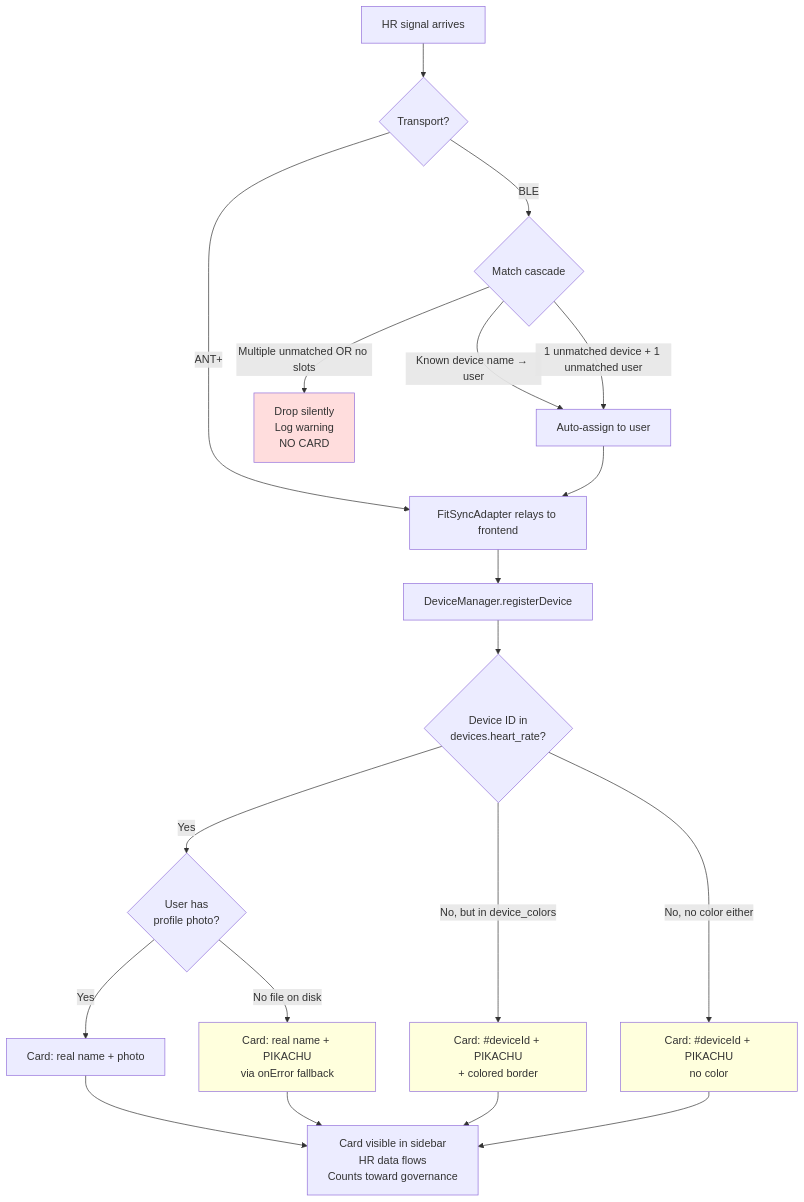
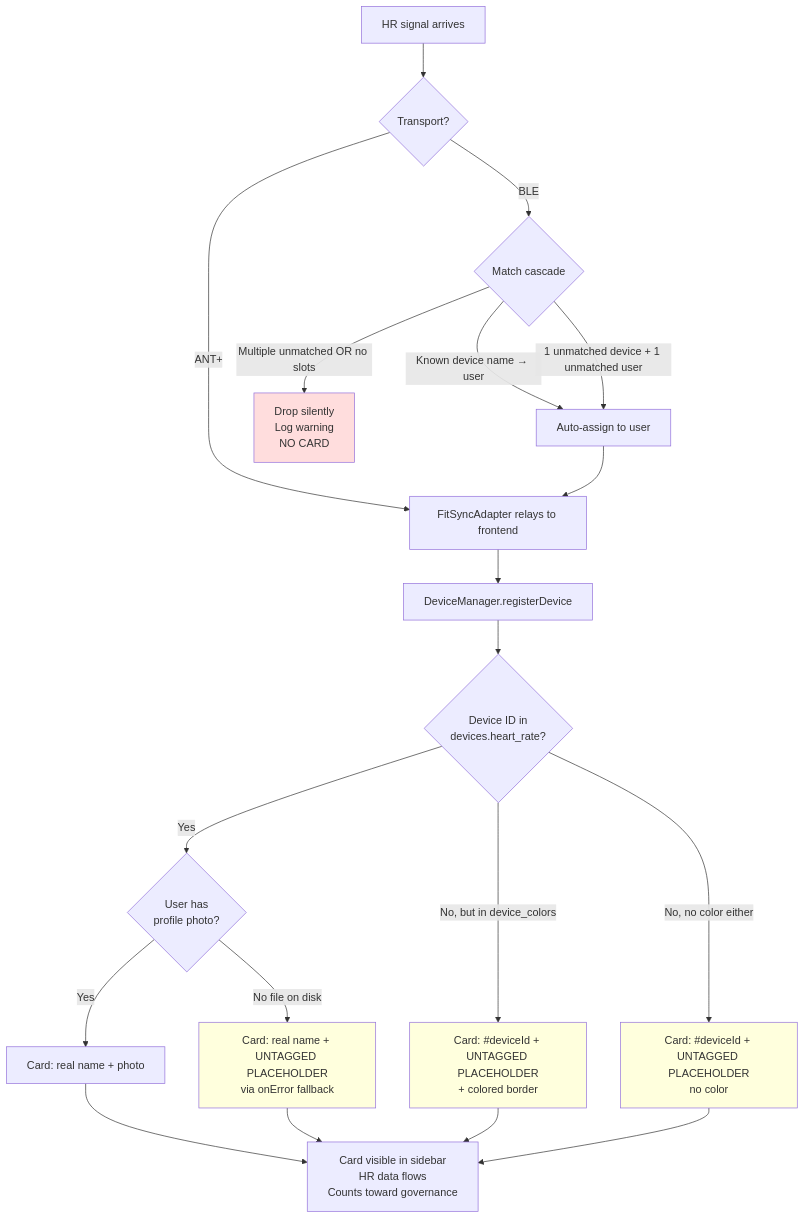
Before and after one commit to kckern/DaylightStation: the first of 2 diagrams in docs/_wip/audits/2026-05-26-guest-mode-ux-audit.md, drawn with Mermaid. The commit also changed other lines of this file and 119 other files, not shown here.

````diff
--- a/docs/_wip/audits/2026-05-26-guest-mode-ux-audit.md
+++ b/docs/_wip/audits/2026-05-26-guest-mode-ux-audit.md
@@ -45,31 +45,31 @@
 ```mermaid
 flowchart TD
     A[HR signal arrives] --> B{Transport?}
     B -->|ANT+| C[FitSyncAdapter relays to frontend]
     B -->|BLE| D{Match cascade}
 
     D -->|Known device name → user| E[Auto-assign to user]
     D -->|1 unmatched device + 1 unmatched user| E
     D -->|Multiple unmatched OR no slots| F[Drop silently<br/>Log warning<br/>NO CARD]
     E --> C
 
     C --> G[DeviceManager.registerDevice]
     G --> H{Device ID in<br/>devices.heart_rate?}
 
     H -->|Yes| I{User has<br/>profile photo?}
     I -->|Yes| J[Card: real name + photo]
-    I -->|No file on disk| K[Card: real name + PIKACHU<br/>via onError fallback]
+    I -->|No file on disk| K[Card: real name + UNTAGGED PLACEHOLDER<br/>via onError fallback]
 
-    H -->|No, but in device_colors| L[Card: #deviceId + PIKACHU<br/>+ colored border]
-    H -->|No, no color either| M[Card: #deviceId + PIKACHU<br/>no color]
+    H -->|No, but in device_colors| L[Card: #deviceId + UNTAGGED PLACEHOLDER<br/>+ colored border]
+    H -->|No, no color either| M[Card: #deviceId + UNTAGGED PLACEHOLDER<br/>no color]
 
     J --> N[Card visible in sidebar<br/>HR data flows<br/>Counts toward governance]
     K --> N
     L --> N
     M --> N
 
     style F fill:#fdd
     style K fill:#ffd
     style L fill:#ffd
     style M fill:#ffd
 ```
````
